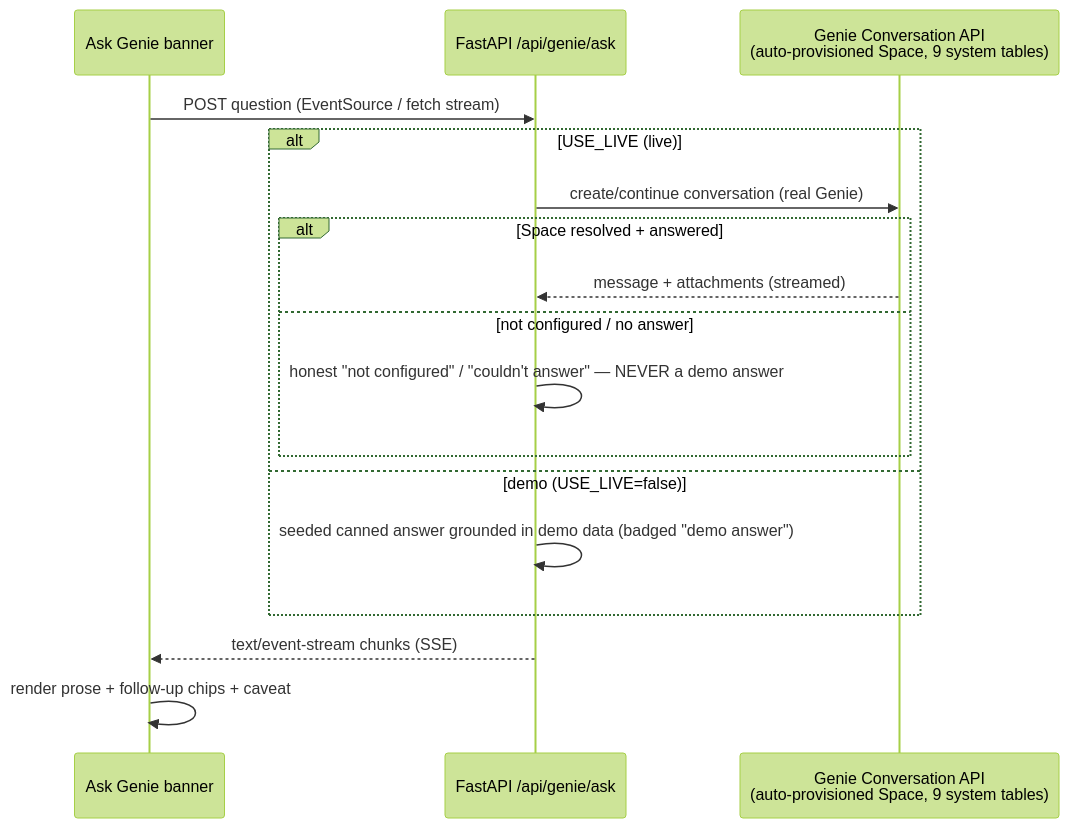
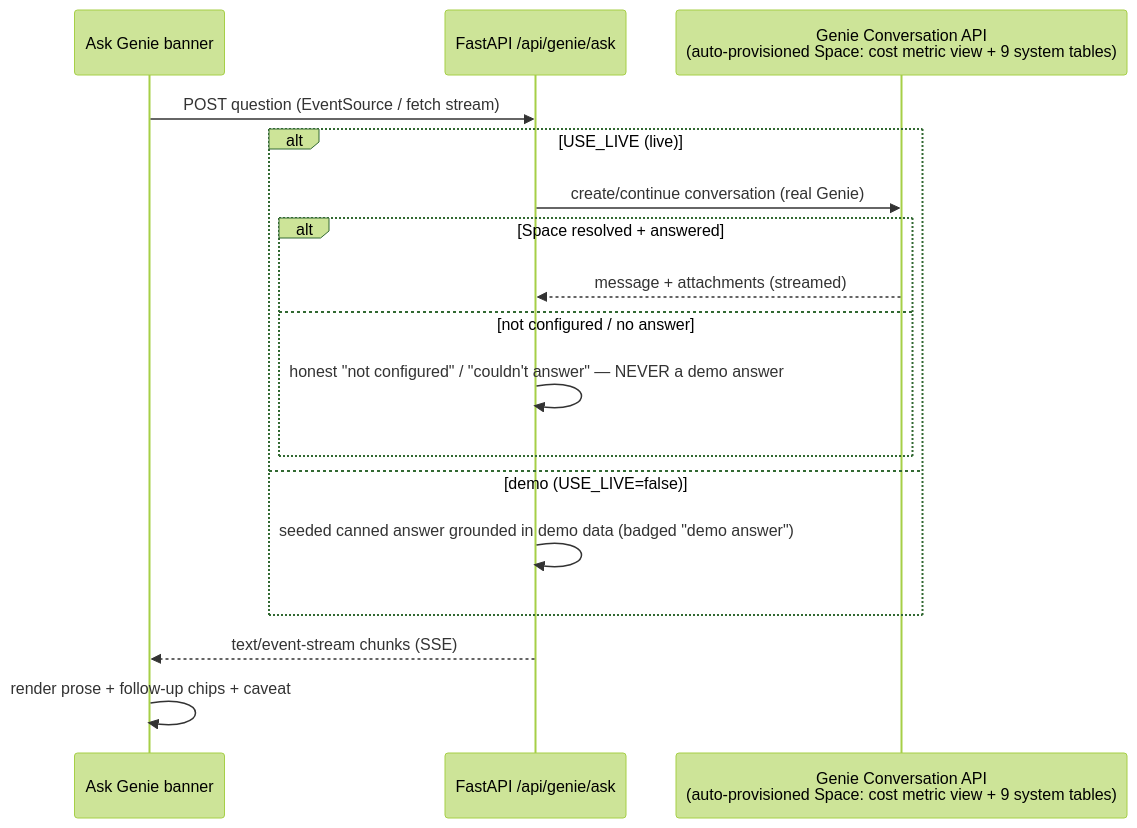
One commit to beeyal/databricks-estate-command-center changed the third of 4 diagrams in docs/ARCHITECTURE.md. Above: the diagram before and after it, drawn with Mermaid (forest theme). The commit also changed other lines of this file and 4 other files, not shown here.

First line of the commit message:
Sync: Genie space — governed cost metric view + instructions/examples (0%→100% A/B)

````diff
--- a/docs/ARCHITECTURE.md
+++ b/docs/ARCHITECTURE.md
@@ -151,19 +151,19 @@
 ```mermaid
 sequenceDiagram
   participant UI as Ask Genie banner
   participant API as FastAPI /api/genie/ask
-  participant G as Genie Conversation API<br/>(auto-provisioned Space, 9 system tables)
+  participant G as Genie Conversation API<br/>(auto-provisioned Space: cost metric view + 9 system tables)
   UI->>API: POST question (EventSource / fetch stream)
   alt USE_LIVE (live)
     API->>G: create/continue conversation (real Genie)
     alt Space resolved + answered
       G-->>API: message + attachments (streamed)
     else not configured / no answer
       API->>API: honest "not configured" / "couldn't answer" — NEVER a demo answer
     end
   else demo (USE_LIVE=false)
     API->>API: seeded canned answer grounded in demo data (badged "demo answer")
   end
   API-->>UI: text/event-stream chunks (SSE)
   UI->>UI: render prose + follow-up chips + caveat
 ```
````
